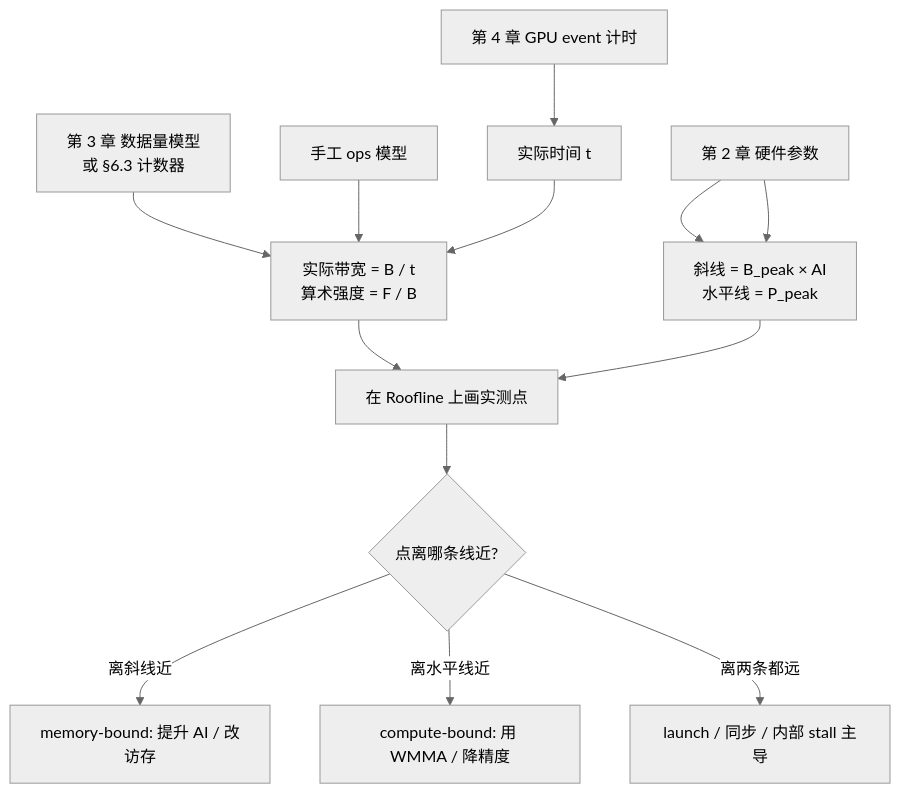
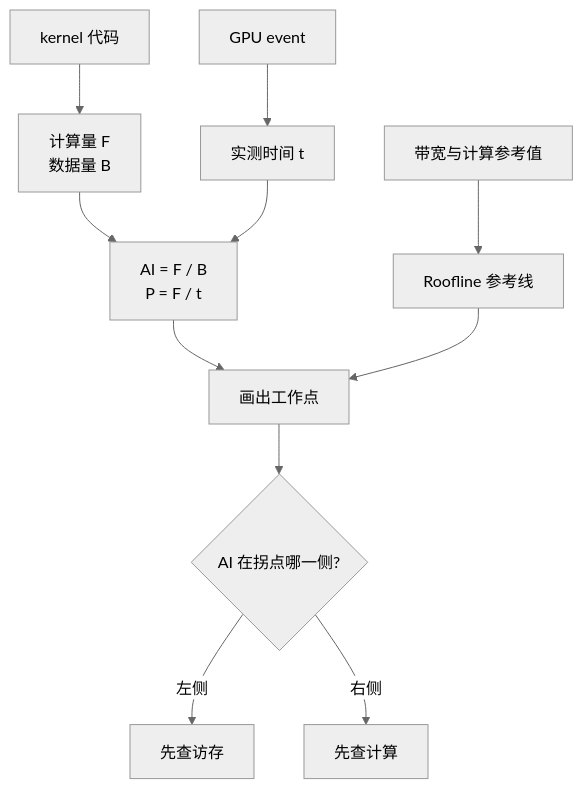
The first of 2 diagrams in docs/part1-profiling/chapter6/index.md (Weihong-Liu/hello-gpu), drawn with Mermaid (neutral theme) before and after one commit. The commit also changed other lines of this file and 14 other files, not shown here.

Commit message:
docs(part1): 简化 profiling 教程与 Roofline 图

````diff
--- a/docs/part1-profiling/chapter6/index.md
+++ b/docs/part1-profiling/chapter6/index.md
@@ -85,15 +76,13 @@
 ```mermaid
 flowchart TD
-    A[第 4 章 GPU event 计时] --> E["实际时间 t"]
-    B[第 3 章 数据量模型<br/>或 §6.3 计数器] --> F["实际带宽 = B / t<br/>算术强度 = F / B"]
-    C[手工 ops 模型] --> F
+    A[kernel 代码] --> D[计算量 F<br/>数据量 B]
+    B[GPU event] --> E[实测时间 t]
+    D --> F[AI = F / B<br/>P = F / t]
     E --> F
-    F --> G[在 Roofline 上画实测点]
-    H[第 2 章 硬件参数] --> I["斜线 = B_peak × AI<br/>水平线 = P_peak"]
-    H --> I
-    I --> G
-    G --> J{点离哪条线近?}
-    J -- 离斜线近 --> K[memory-bound: 提升 AI / 改访存]
-    J -- 离水平线近 --> L[compute-bound: 用 WMMA / 降精度]
-    J -- 离两条都远 --> M[launch / 同步 / 内部 stall 主导]
+    C[带宽与计算参考值] --> G[Roofline 参考线]
+    F --> H[画出工作点]
+    G --> H
+    H --> I{AI 在拐点哪一侧?}
+    I -- 左侧 --> J[先查访存]
+    I -- 右侧 --> K[先查计算]
 ```
````
